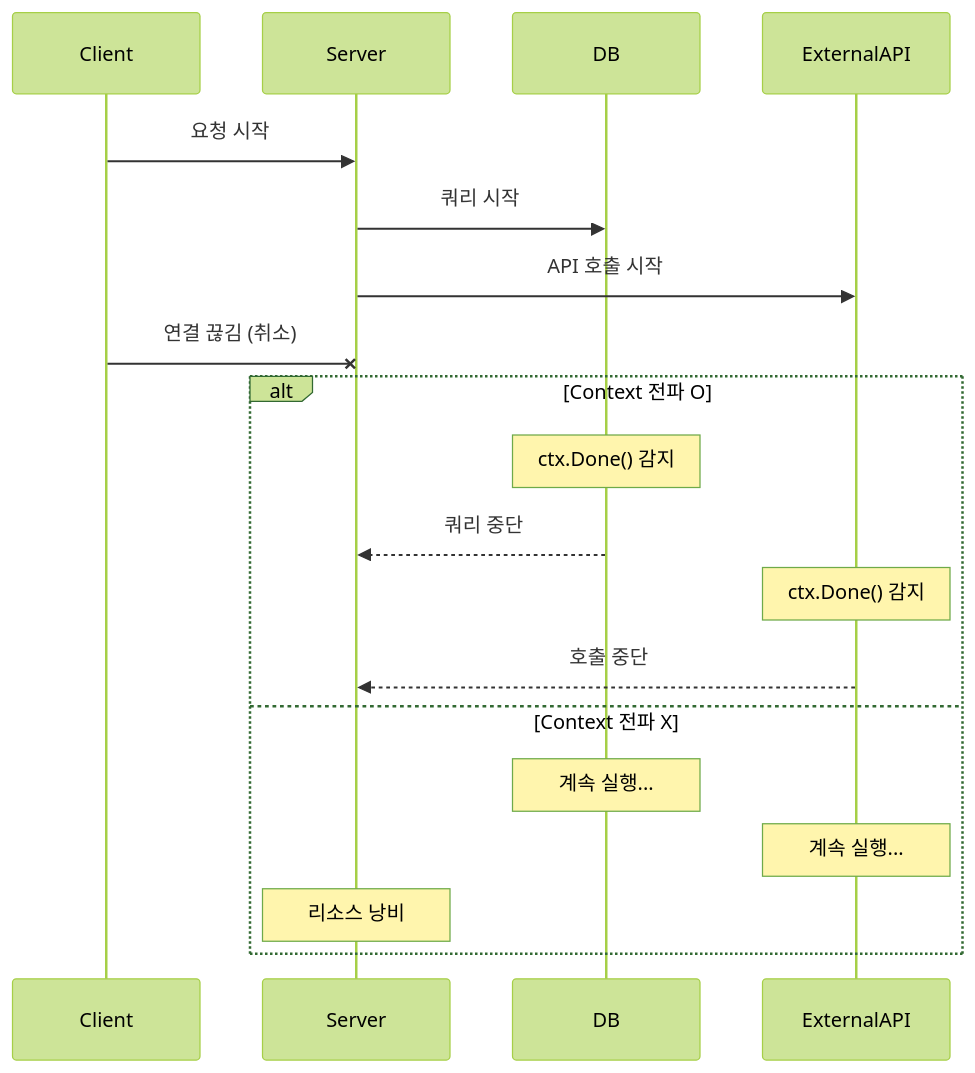
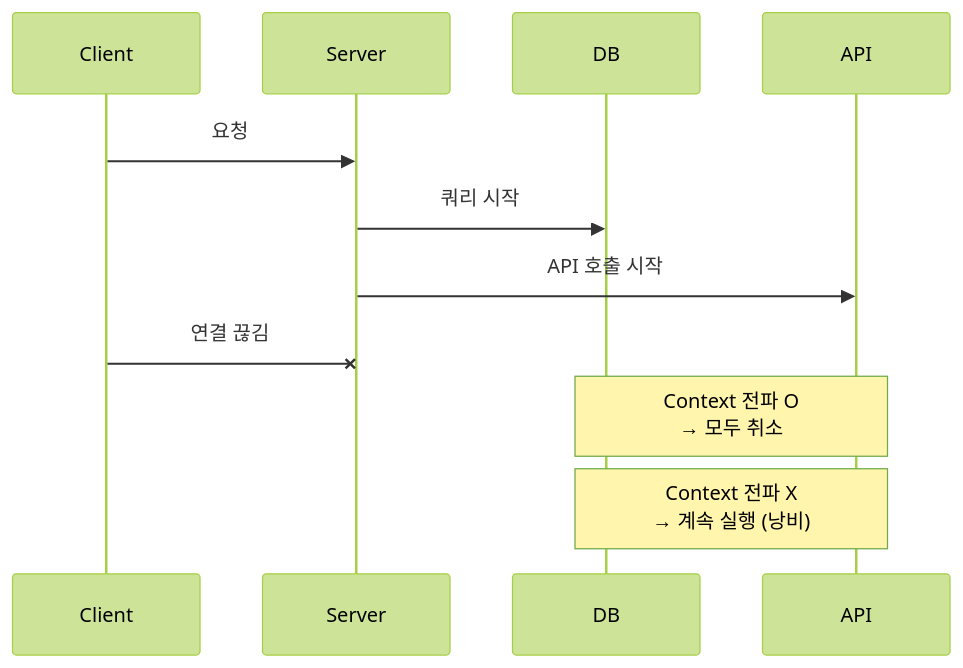
Before and after one commit to KimSeogyu/KimSeogyu.github.io: the second of 4 diagrams in src/content/backend/go/enterprise-go-3-context.md, drawn with Mermaid (forest theme). The commit also changed other lines of this file and 7 other files, not shown here.

````diff
--- a/src/content/backend/go/enterprise-go-3-context.md
+++ b/src/content/backend/go/enterprise-go-3-context.md
@@ -121,24 +64,15 @@
 ```mermaid
 sequenceDiagram
     participant Client
     participant Server
     participant DB
-    participant ExternalAPI
+    participant API
     
-    Client->>Server: 요청 시작
+    Client->>Server: 요청
     Server->>DB: 쿼리 시작
-    Server->>ExternalAPI: API 호출 시작
+    Server->>API: API 호출 시작
+    Client-xServer: 연결 끊김
     
-    Client-xServer: 연결 끊김 (취소)
-    
-    alt Context 전파 O
-        Note over DB: ctx.Done() 감지
-        DB-->>Server: 쿼리 중단
-        Note over ExternalAPI: ctx.Done() 감지
-        ExternalAPI-->>Server: 호출 중단
-    else Context 전파 X
-        Note over DB: 계속 실행...
-        Note over ExternalAPI: 계속 실행...
-        Note over Server: 리소스 낭비
-    end
+    Note over DB,API: Context 전파 O<br/>→ 모두 취소
+    Note over DB,API: Context 전파 X<br/>→ 계속 실행 (낭비)
 ```
````
